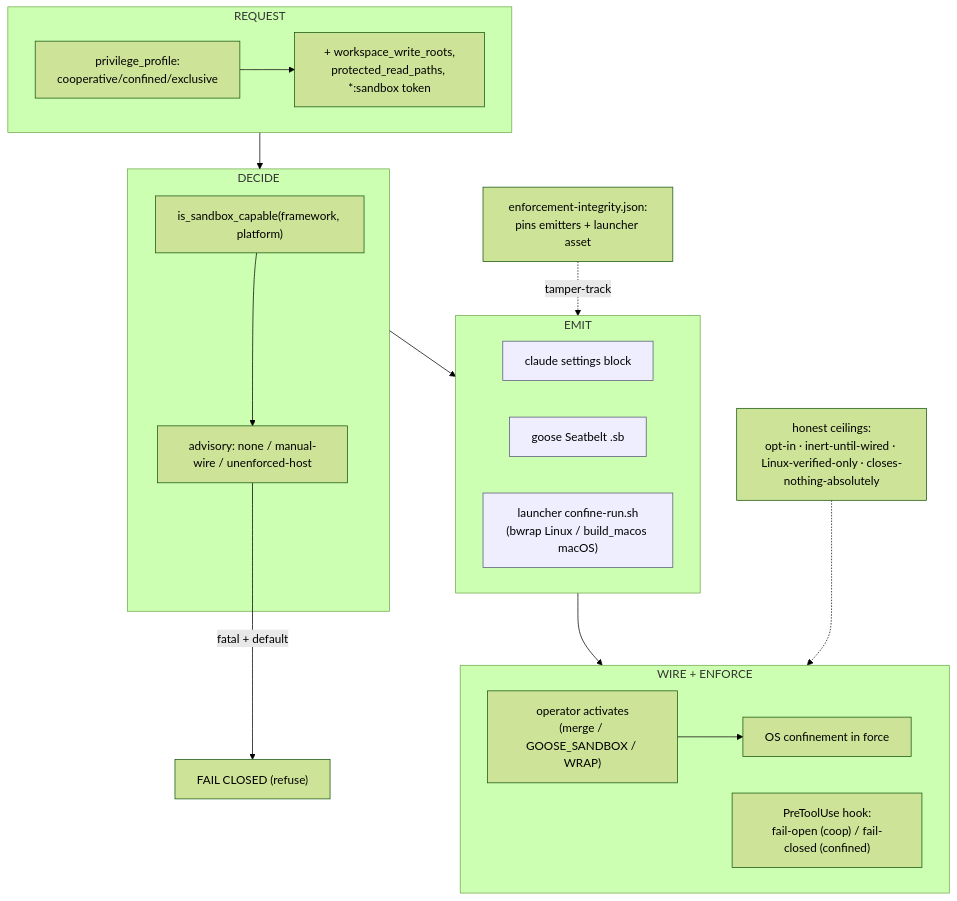
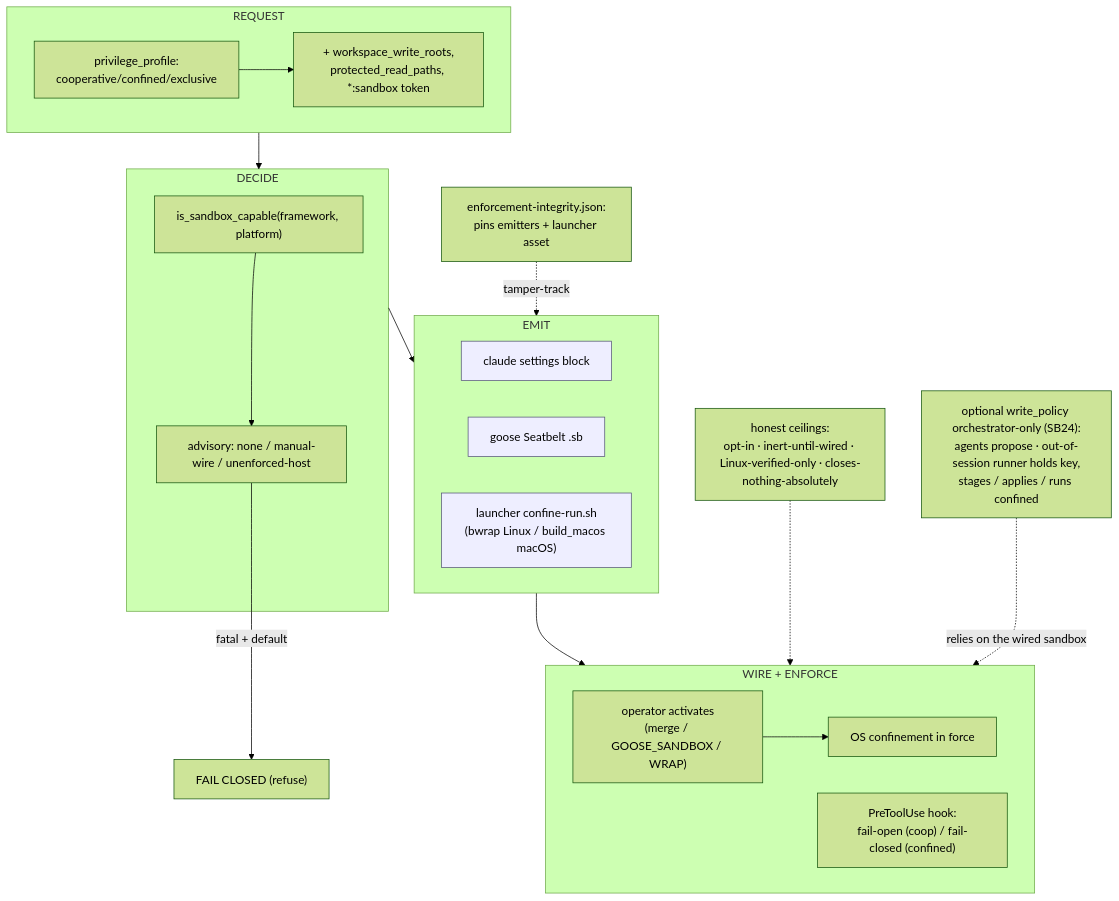
One commit to jlcatonjr/agentteams changed the sixth of 6 diagrams in docs_src/agentteams-sandboxing-guide/SKELETON.md. Above: the diagram before and after it, drawn with Mermaid (forest theme). The commit also changed other lines of this file and 19 other files, not shown here.

First line of the commit message:
docs(sandboxing-guide): SB16 PR-merge rule; new SB24 write policy + agentteams_runner

````diff
--- a/docs_src/agentteams-sandboxing-guide/SKELETON.md
+++ b/docs_src/agentteams-sandboxing-guide/SKELETON.md
@@ -555,25 +679,26 @@
 ```mermaid
 flowchart TD
     subgraph REQUEST
         r1["privilege_profile:<br/>cooperative/confined/exclusive"] --> r2["+ workspace_write_roots,<br/>protected_read_paths, *:sandbox token"]
     end
     subgraph DECIDE
         d1["is_sandbox_capable(framework, platform)"] --> d2["advisory: none / manual-wire / unenforced-host"]
     end
     subgraph EMIT
         e1["claude settings block"]:::m
         e2["goose Seatbelt .sb"]:::m
         e3["launcher confine-run.sh<br/>(bwrap Linux / build_macos macOS)"]:::m
     end
     subgraph WIRE_ENFORCE["WIRE + ENFORCE"]
         w1["operator activates<br/>(merge / GOOSE_SANDBOX / WRAP)"] --> w2["OS confinement in force"]
         w3["PreToolUse hook:<br/>fail-open (coop) / fail-closed (confined)"]
     end
     REQUEST --> DECIDE
     d2 -->|"fatal + default"| FCX["FAIL CLOSED (refuse)"]
     DECIDE --> EMIT
     EMIT --> WIRE_ENFORCE
     INT["enforcement-integrity.json:<br/>pins emitters + launcher asset"] -.->|tamper-track| EMIT
     CEIL["honest ceilings:<br/>opt-in · inert-until-wired · Linux-verified-only · closes-nothing-absolutely"] -.-> WIRE_ENFORCE
+    WP["optional write_policy orchestrator-only (SB24):<br/>agents propose · out-of-session runner holds key,<br/>stages / applies / runs confined"] -.->|"relies on the wired sandbox"| WIRE_ENFORCE
     classDef m fill:#eef,stroke:#557;
 ```
````
